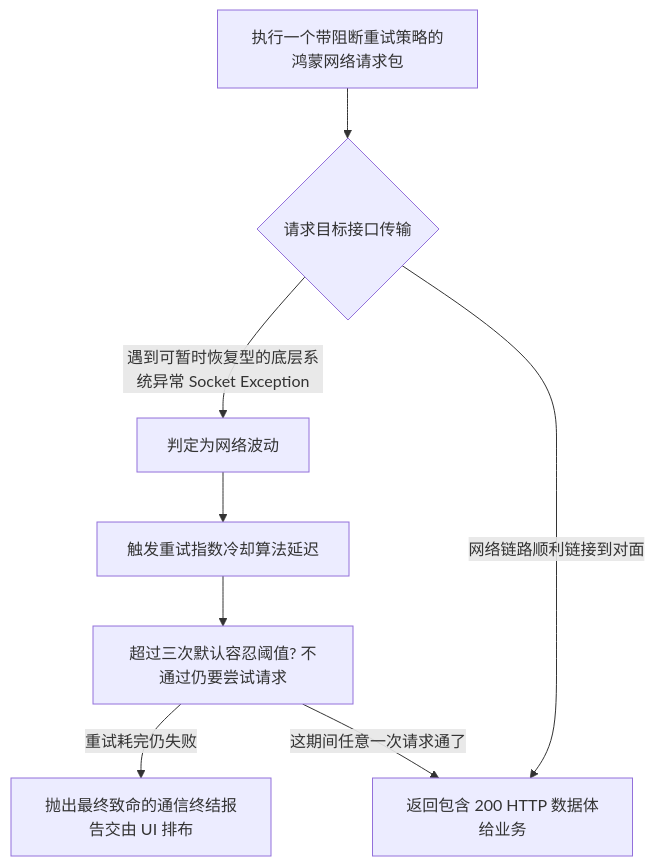
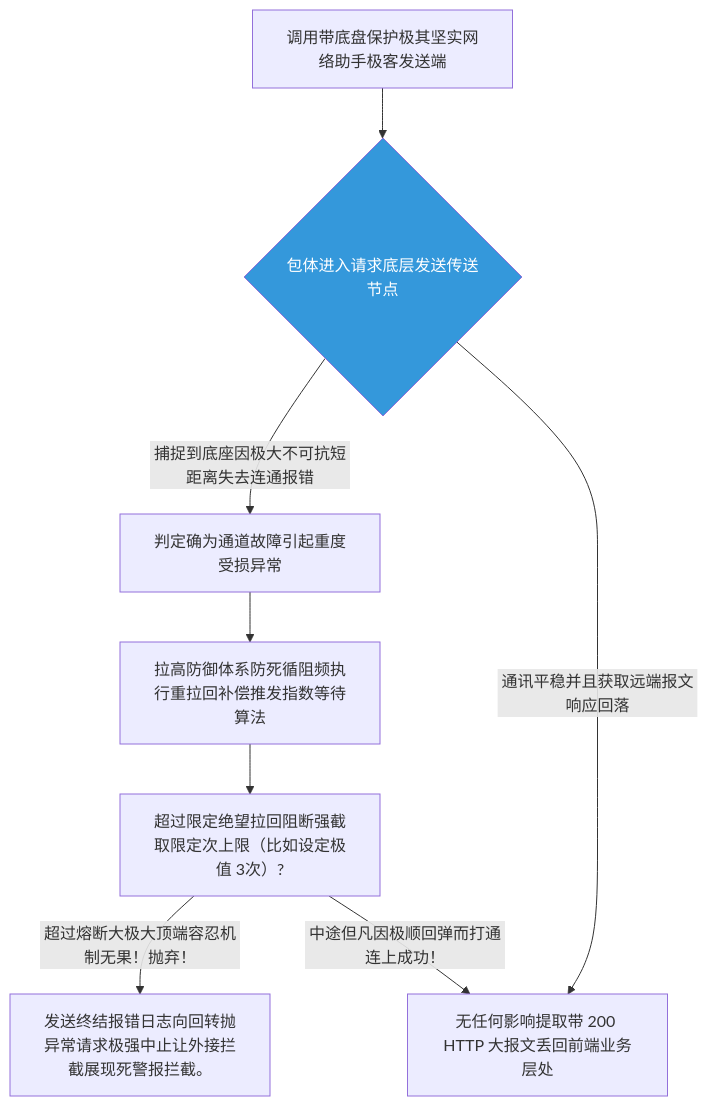
One commit to happyphper/blog changed the diagram in posts/2026/0221/http_client_helper.md. Above: the diagram before and after it, drawn with Mermaid. The commit also changed other lines of this file and 4 other files, not shown here.

Commit message:
docs(0221): 精简与优化博文词句质量并消除过度修饰词 (graphql, gsettings, hive_ce_generator, http_client_helper, i69n)

````diff
--- a/posts/2026/0221/http_client_helper.md
+++ b/posts/2026/0221/http_client_helper.md
@@ -16,10 +26,11 @@
 ```mermaid
 graph TD
-    A[执行一个带阻断重试策略的鸿蒙网络请求包] --> B{请求目标接口传输}
-    B -->|遇到可暂时恢复型的底层系统异常 Socket Exception| C[判定为网络波动]
-    B -->|网络链路顺利链接到对面| D[返回包含 200 HTTP 数据体给业务]
-    C --> E[触发重试指数冷却算法延迟]
-    E --> F[超过三次默认容忍阈值? 不通过仍要尝试请求]
-    F -->|重试耗完仍失败| G[抛出最终致命的通信终结报告交由 UI 排布]
-    F -->|这期间任意一次请求通了| D
+    A[调用带底盘保护极其坚实网络助手极客发送端] --> B{包体进入请求底层发送传送节点}
+    B -->|捕捉到底座因极大不可抗短距离失去连通报错| C[判定确为通道故障引起重度受损异常]
+    B -->|通讯平稳并且获取远端报文响应回落| D[无任何影响提取带 200 HTTP 大报文丢回前端业务层处]
+    C --> E[拉高防御体系防死循阻频执行重拉回补偿推发指数等待算法]
+    E --> F[超过限定绝望拉回阻断强截取限定次上限（比如设定极值 3次）?]
+    F -->|超过熔断大极大顶端容忍机制无果！抛弃！| G[发送终结报错日志向回转抛异常请求极强中止让外接拦截展现死警报拦截。]
+    F -->|中途但凡因极顺回弹而打通连上成功！| D
+    style B fill:#3498db,color:white
 ```
````
